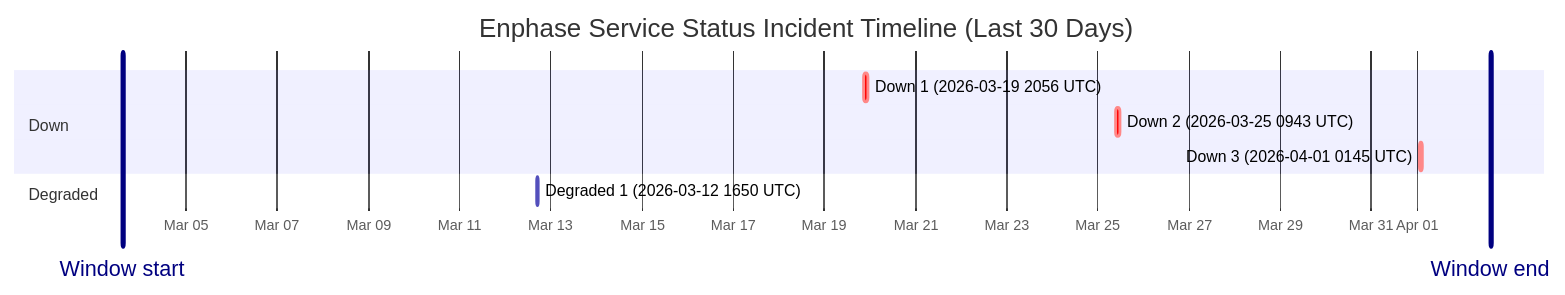
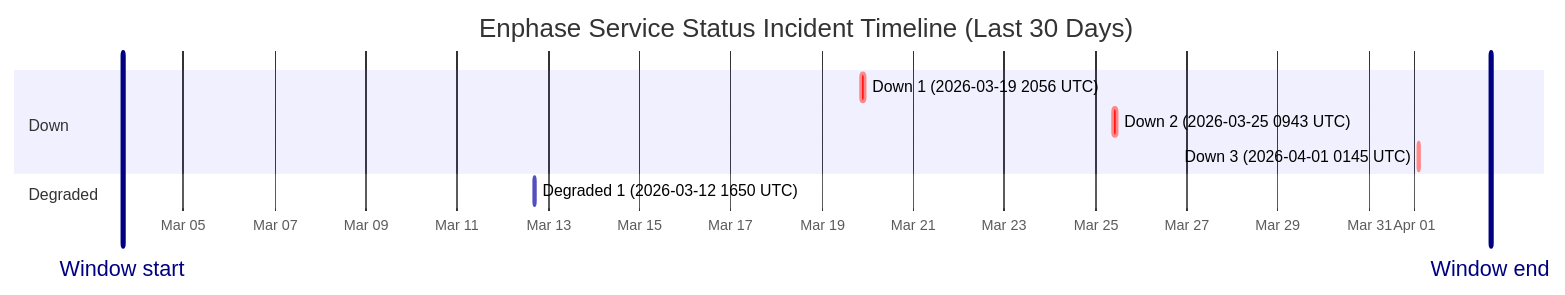
One commit to barneyonline/ha-enphase-ev-charger changed the diagram in wiki/Service-Status-History.md. Above: the diagram before and after it, drawn with Mermaid. The commit also changed other lines of this file and 3 other files, not shown here.

````diff
--- a/wiki/Service-Status-History.md
+++ b/wiki/Service-Status-History.md
@@ -14,14 +14,14 @@
 ```mermaid
 gantt
     title Enphase Service Status Incident Timeline (Last 30 Days)
     dateFormat  YYYY-MM-DDTHH:mm:ss
     axisFormat  %b %d
-    Window start :vert, window-start, 2026-03-03T14:38:45, 0ms
-    Window end :vert, window-end, 2026-04-02T14:38:45, 0ms
+    Window start :vert, window-start, 2026-03-03T16:00:14, 0ms
+    Window end :vert, window-end, 2026-04-02T16:00:14, 0ms
     section Down
     Down 1 (2026-03-19 2056 UTC) :crit, down-1, 2026-03-19T20:56:20, 145m
     Down 2 (2026-03-25 0943 UTC) :crit, down-2, 2026-03-25T09:43:28, 111m
     Down 3 (2026-04-01 0145 UTC) :crit, down-3, 2026-04-01T01:45:09, 60m
     section Degraded
     Degraded 1 (2026-03-12 1650 UTC) :active, degraded-1, 2026-03-12T16:50:43, 60m
 ```
````
